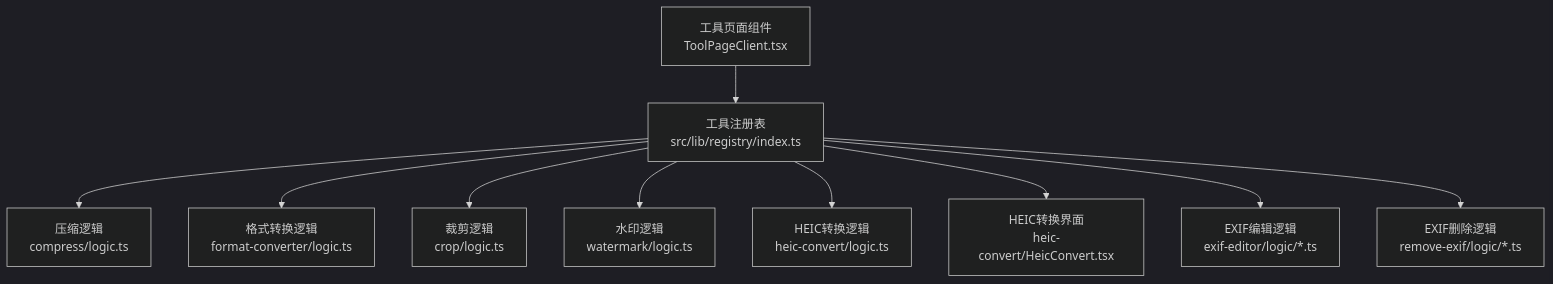
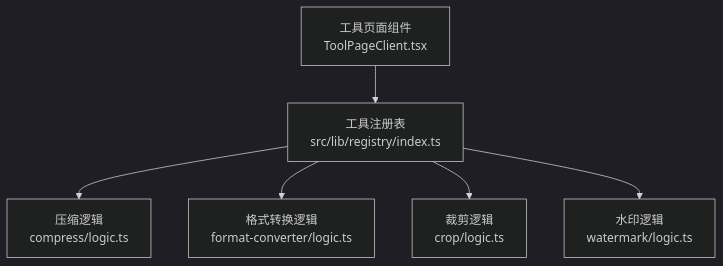
The second of 4 diagrams in .qoder/repowiki/zh/content/图像工具/图像工具.md (sgyy/privadeck), drawn with Mermaid (dark theme) before and after one commit. The commit also changed other lines of this file and 23 other files, not shown here.

````diff
--- a/.qoder/repowiki/zh/content/图像工具/图像工具.md
+++ b/.qoder/repowiki/zh/content/图像工具/图像工具.md
@@ -180,22 +143,14 @@
 ```mermaid
 graph TB
 UI["工具页面组件<br/>ToolPageClient.tsx"]
 REG["工具注册表<br/>src/lib/registry/index.ts"]
 LOGIC_COMP["压缩逻辑<br/>compress/logic.ts"]
 LOGIC_FMT["格式转换逻辑<br/>format-converter/logic.ts"]
 LOGIC_CROP["裁剪逻辑<br/>crop/logic.ts"]
 LOGIC_WM["水印逻辑<br/>watermark/logic.ts"]
-LOGIC_HEIC_LOGIC["HEIC转换逻辑<br/>heic-convert/logic.ts"]
-LOGIC_HEIC_UI["HEIC转换界面<br/>heic-convert/HeicConvert.tsx"]
-LOGIC_EXIF_EDIT["EXIF编辑逻辑<br/>exif-editor/logic/*.ts"]
-LOGIC_EXIF_DEL["EXIF删除逻辑<br/>remove-exif/logic/*.ts"]
 UI --> REG
 REG --> LOGIC_COMP
 REG --> LOGIC_FMT
 REG --> LOGIC_CROP
 REG --> LOGIC_WM
-REG --> LOGIC_HEIC_LOGIC
-REG --> LOGIC_HEIC_UI
-REG --> LOGIC_EXIF_EDIT
-REG --> LOGIC_EXIF_DEL
 ```
````
